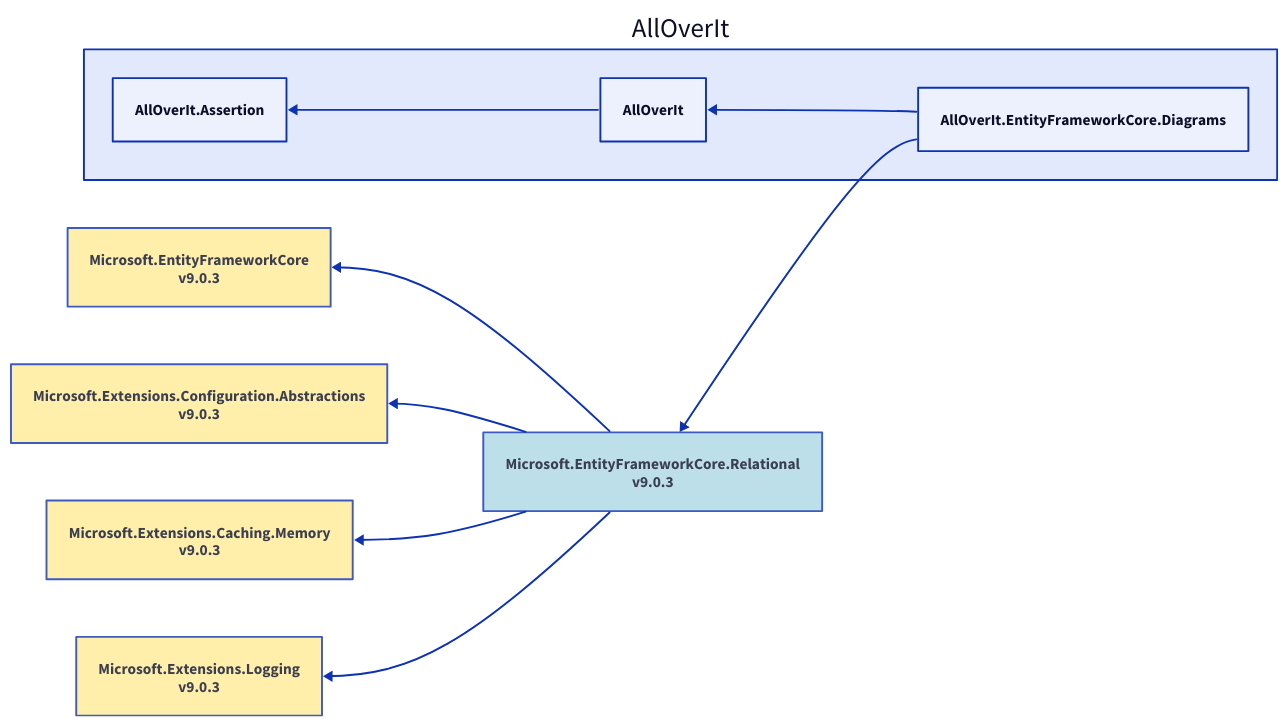
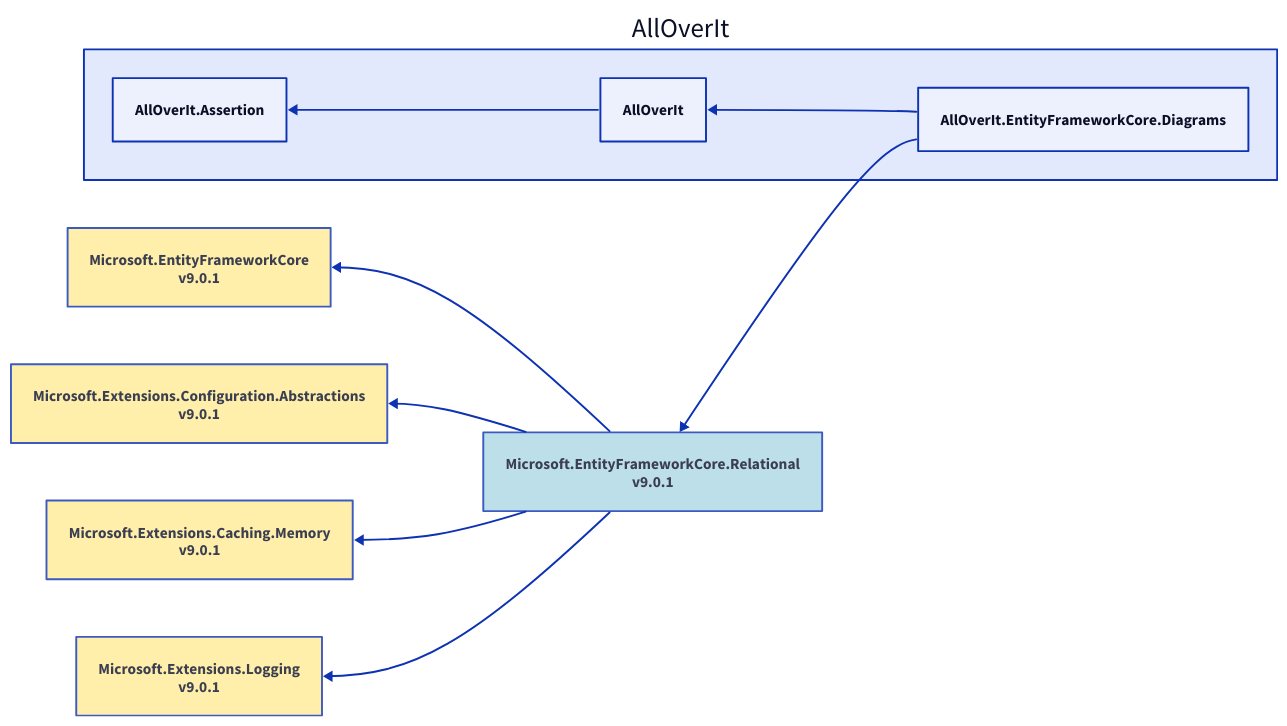
The diagram in Docs/Reference/Content/images/dependencies/net9.0/alloverit-entityframeworkcore-diagrams.d2 (mjfreelancing/AllOverIt), drawn with D2 before and after one commit. The commit also changed 65 other files, not shown here.

```diff
--- a/Docs/Reference/Content/images/dependencies/net9.0/alloverit-entityframeworkcore-diagrams.d2
+++ b/Docs/Reference/Content/images/dependencies/net9.0/alloverit-entityframeworkcore-diagrams.d2
@@ -1,28 +1,28 @@
 direction: left
 
 aoi: AllOverIt
 aoi.alloverit-entityframeworkcore-diagrams: AllOverIt.EntityFrameworkCore.Diagrams
-microsoft-entityframeworkcore-relational_9-0-3: Microsoft.EntityFrameworkCore.Relational\nv9.0.3
-microsoft-entityframeworkcore-relational_9-0-3.style.fill: "#ADD8E6"
-microsoft-entityframeworkcore-relational_9-0-3.style.opacity: 0.8
-microsoft-entityframeworkcore_9-0-3: Microsoft.EntityFrameworkCore\nv9.0.3
-microsoft-entityframeworkcore_9-0-3.style.fill: "#FFEC96"
-microsoft-entityframeworkcore_9-0-3.style.opacity: 0.8
-microsoft-entityframeworkcore_9-0-3 <- microsoft-entityframeworkcore-relational_9-0-3
-microsoft-extensions-configuration-abstractions_9-0-3: Microsoft.Extensions.Configuration.Abstractions\nv9.0.3
-microsoft-extensions-configuration-abstractions_9-0-3.style.fill: "#FFEC96"
-microsoft-extensions-configuration-abstractions_9-0-3.style.opacity: 0.8
-microsoft-extensions-configuration-abstractions_9-0-3 <- microsoft-entityframeworkcore-relational_9-0-3
-microsoft-extensions-caching-memory_9-0-3: Microsoft.Extensions.Caching.Memory\nv9.0.3
-microsoft-extensions-caching-memory_9-0-3.style.fill: "#FFEC96"
-microsoft-extensions-caching-memory_9-0-3.style.opacity: 0.8
-microsoft-extensions-caching-memory_9-0-3 <- microsoft-entityframeworkcore-relational_9-0-3
-microsoft-extensions-logging_9-0-3: Microsoft.Extensions.Logging\nv9.0.3
-microsoft-extensions-logging_9-0-3.style.fill: "#FFEC96"
-microsoft-extensions-logging_9-0-3.style.opacity: 0.8
-microsoft-extensions-logging_9-0-3 <- microsoft-entityframeworkcore-relational_9-0-3
-microsoft-entityframeworkcore-relational_9-0-3 <- aoi.alloverit-entityframeworkcore-diagrams
+microsoft-entityframeworkcore-relational_9-0-1: Microsoft.EntityFrameworkCore.Relational\nv9.0.1
+microsoft-entityframeworkcore-relational_9-0-1.style.fill: "#ADD8E6"
+microsoft-entityframeworkcore-relational_9-0-1.style.opacity: 0.8
+microsoft-entityframeworkcore_9-0-1: Microsoft.EntityFrameworkCore\nv9.0.1
+microsoft-entityframeworkcore_9-0-1.style.fill: "#FFEC96"
+microsoft-entityframeworkcore_9-0-1.style.opacity: 0.8
+microsoft-entityframeworkcore_9-0-1 <- microsoft-entityframeworkcore-relational_9-0-1
+microsoft-extensions-configuration-abstractions_9-0-1: Microsoft.Extensions.Configuration.Abstractions\nv9.0.1
+microsoft-extensions-configuration-abstractions_9-0-1.style.fill: "#FFEC96"
+microsoft-extensions-configuration-abstractions_9-0-1.style.opacity: 0.8
+microsoft-extensions-configuration-abstractions_9-0-1 <- microsoft-entityframeworkcore-relational_9-0-1
+microsoft-extensions-caching-memory_9-0-1: Microsoft.Extensions.Caching.Memory\nv9.0.1
+microsoft-extensions-caching-memory_9-0-1.style.fill: "#FFEC96"
+microsoft-extensions-caching-memory_9-0-1.style.opacity: 0.8
+microsoft-extensions-caching-memory_9-0-1 <- microsoft-entityframeworkcore-relational_9-0-1
+microsoft-extensions-logging_9-0-1: Microsoft.Extensions.Logging\nv9.0.1
+microsoft-extensions-logging_9-0-1.style.fill: "#FFEC96"
+microsoft-extensions-logging_9-0-1.style.opacity: 0.8
+microsoft-extensions-logging_9-0-1 <- microsoft-entityframeworkcore-relational_9-0-1
+microsoft-entityframeworkcore-relational_9-0-1 <- aoi.alloverit-entityframeworkcore-diagrams
 aoi.alloverit: AllOverIt
 aoi.alloverit-assertion: AllOverIt.Assertion
 aoi.alloverit-assertion <- aoi.alloverit
 aoi.alloverit <- aoi.alloverit-entityframeworkcore-diagrams
```
